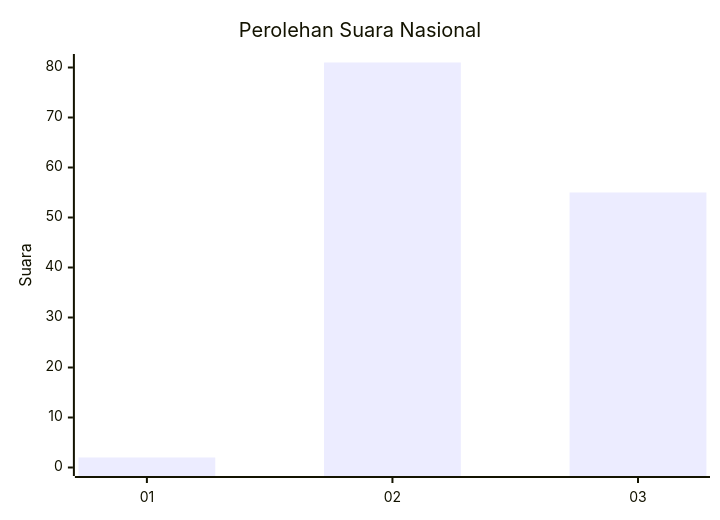
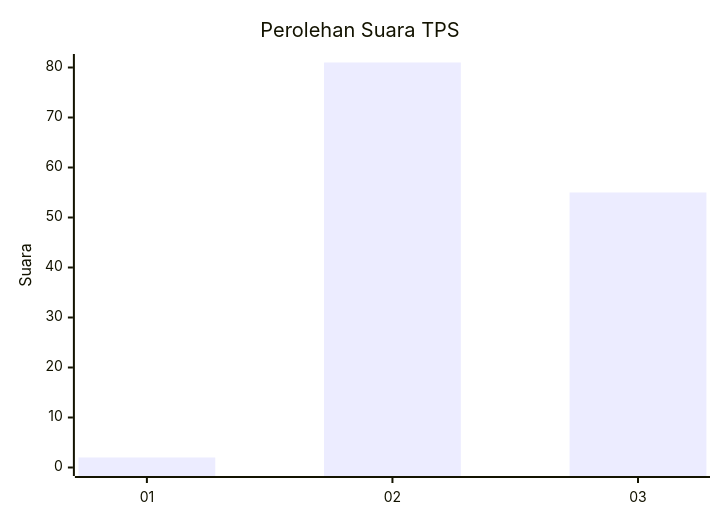
Before and after one commit to gigit-pemilu/pemilu-2024-51-bali: the first of 2 diagrams in pilpres/hitung-suara/sub/51-bali/sub/07-karangasem/sub/06-bebandem/sub/2005-jungutan/sub/019-tps/README.md, drawn with Mermaid. The commit also changed other lines of this file and 5003 other files, not shown here.

````diff
--- a/pilpres/hitung-suara/sub/51-bali/sub/07-karangasem/sub/06-bebandem/sub/2005-jungutan/sub/019-tps/README.md
+++ b/pilpres/hitung-suara/sub/51-bali/sub/07-karangasem/sub/06-bebandem/sub/2005-jungutan/sub/019-tps/README.md
@@ -5,7 +5,7 @@
 ```mermaid
 xychart-beta
-    title "Perolehan Suara Nasional"
+    title "Perolehan Suara TPS"
     x-axis [01, 02, 03]
     y-axis "Suara" 0 --> 81
     bar [2, 81, 55]
 ```
````
